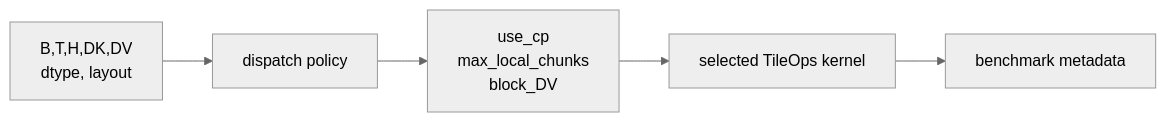
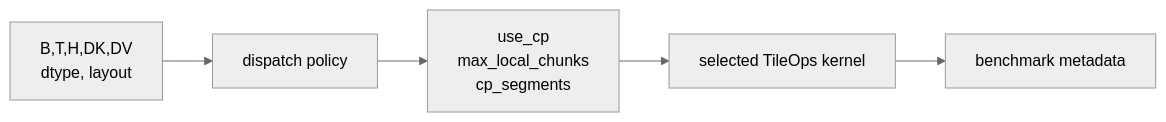
The tenth of 12 diagrams in blog/drafts/tutorial_v3.md (superAngGao/GDN-files), drawn with Mermaid (neutral theme) before and after one commit. The commit also changed other lines of this file and 3 other files, not shown here.

````diff
--- a/blog/drafts/tutorial_v3.md
+++ b/blog/drafts/tutorial_v3.md
@@ -1055,10 +1030,10 @@
 ```mermaid
 flowchart LR
     Shape["B,T,H,DK,DV<br/>dtype, layout"]
     Policy["dispatch policy"]
-    Params["use_cp<br/>max_local_chunks<br/>block_DV"]
+    Params["use_cp<br/>max_local_chunks<br/>cp_segments"]
     Kernel["selected TileOps kernel"]
     Metadata["benchmark metadata"]
 
     Shape --> Policy --> Params --> Kernel --> Metadata
 ```
````
